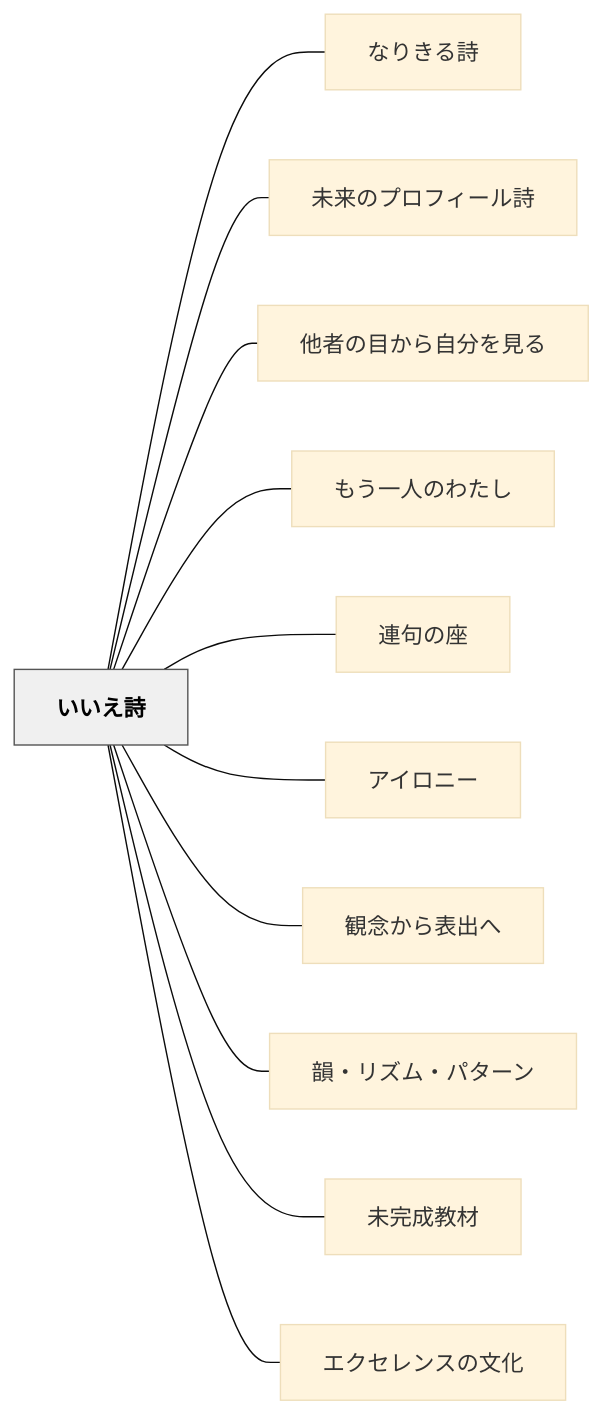
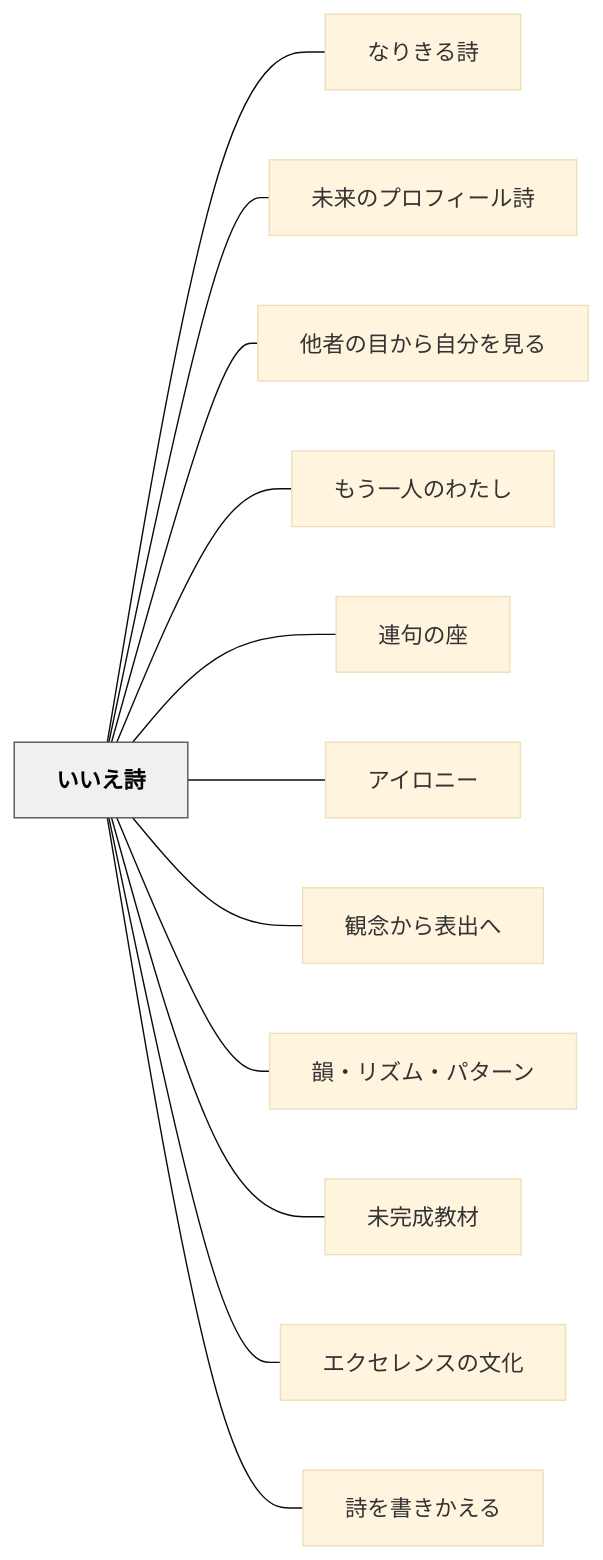
One commit to unknownthings-ed-patterns/unknownthings-ed-patterns changed the diagram in content/パタン/いいえ詩.md. Above: the diagram before and after it, drawn with Mermaid (base theme). The commit also changed other lines of this file and 473 other files, not shown here.

````diff
--- a/content/パタン/いいえ詩.md
+++ b/content/パタン/いいえ詩.md
@@ -120,28 +121,30 @@
 ```mermaid
 flowchart LR
     ne38184e38184["いいえ詩"]
     ne381aae3828a["なりきる詩"]
     ne69caae69da5["未来のプロフィール詩"]
     ne4bb96e88085["他者の目から自分を見る"]
     ne38282e38186["もう一人のわたし"]
     ne980a3e58fa5["連句の座"]
     ne382a2e382a4["アイロニー"]
     ne8a6b3e5bfb5["観念から表出へ"]
     ne99fbbe383bb["韻・リズム・パターン"]
     ne69caae5ae8c["未完成教材"]
     ne382a8e382af["エクセレンスの文化"]
+    ne8a9a9e38292["詩を書きかえる"]
 
     ne38184e38184 --- ne381aae3828a
     ne38184e38184 --- ne69caae69da5
     ne38184e38184 --- ne4bb96e88085
     ne38184e38184 --- ne38282e38186
     ne38184e38184 --- ne980a3e58fa5
     ne38184e38184 --- ne382a2e382a4
     ne38184e38184 --- ne8a6b3e5bfb5
     ne38184e38184 --- ne99fbbe383bb
     ne38184e38184 --- ne69caae5ae8c
     ne38184e38184 --- ne382a8e382af
+    ne38184e38184 --- ne8a9a9e38292
 
     classDef hub fill:#f0f0f0,stroke:#555,color:#000,font-weight:bold
     class ne38184e38184 hub
 ```
````
